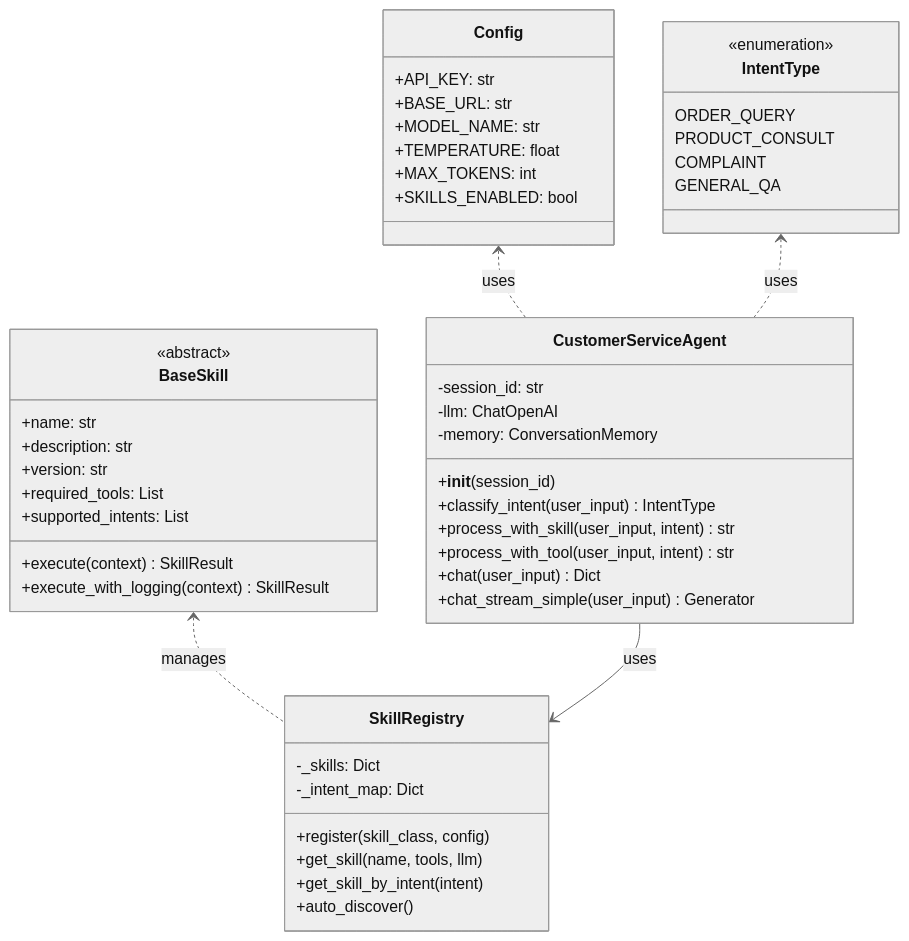
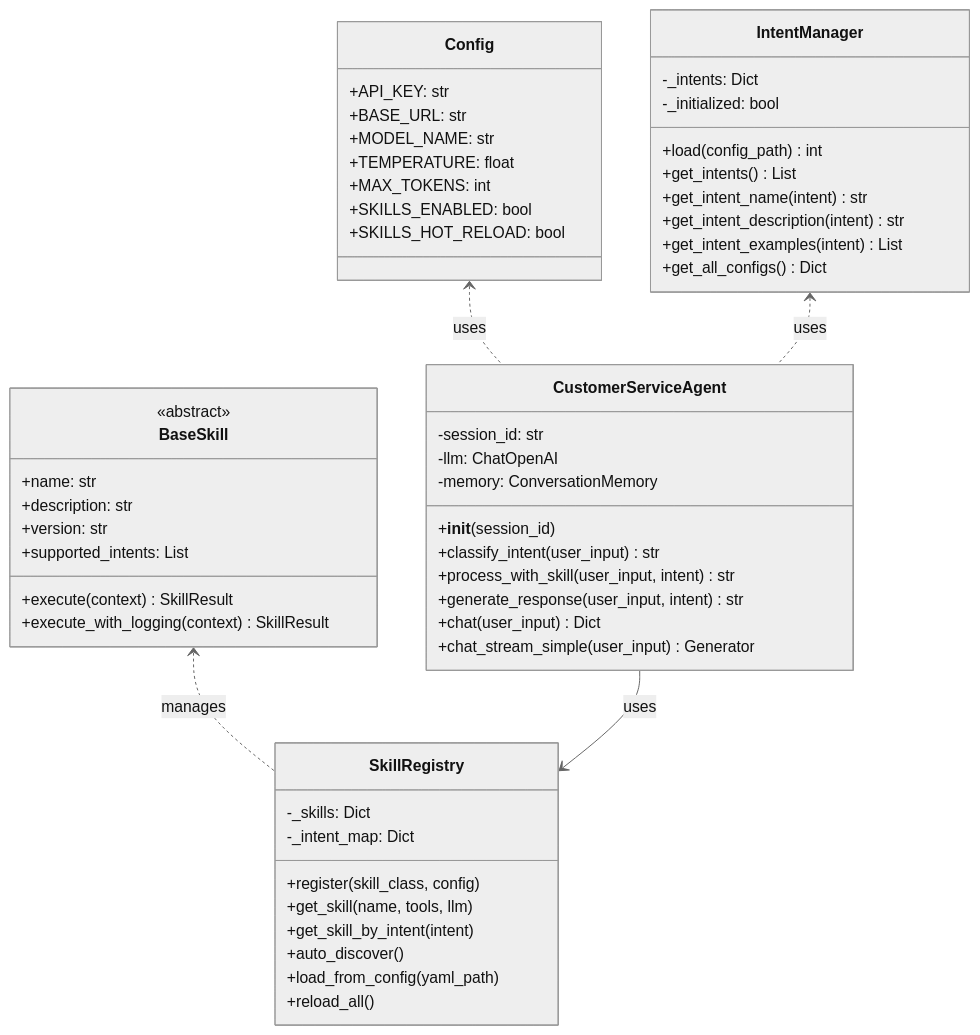
One commit to hp5748/spec-agents-test changed the fourth of 5 diagrams in spec/AI2AI/架构设计.md. Above: the diagram before and after it, drawn with Mermaid (neutral theme). The commit also changed other lines of this file and 30 other files, not shown here.

````diff
--- a/spec/AI2AI/架构设计.md
+++ b/spec/AI2AI/架构设计.md
@@ -198,56 +237,61 @@
 ```mermaid
 classDiagram
     class Config {
         +API_KEY: str
         +BASE_URL: str
         +MODEL_NAME: str
         +TEMPERATURE: float
         +MAX_TOKENS: int
         +SKILLS_ENABLED: bool
+        +SKILLS_HOT_RELOAD: bool
     }
 
-    class IntentType {
-        <<enumeration>>
-        ORDER_QUERY
-        PRODUCT_CONSULT
-        COMPLAINT
-        GENERAL_QA
+    class IntentManager {
+        -_intents: Dict
+        -_initialized: bool
+        +load(config_path) int
+        +get_intents() List
+        +get_intent_name(intent) str
+        +get_intent_description(intent) str
+        +get_intent_examples(intent) List
+        +get_all_configs() Dict
     }
 
     class CustomerServiceAgent {
         -session_id: str
         -llm: ChatOpenAI
         -memory: ConversationMemory
         +__init__(session_id)
-        +classify_intent(user_input) IntentType
+        +classify_intent(user_input) str
         +process_with_skill(user_input, intent) str
-        +process_with_tool(user_input, intent) str
+        +generate_response(user_input, intent) str
         +chat(user_input) Dict
         +chat_stream_simple(user_input) Generator
     }
 
     class BaseSkill {
         <<abstract>>
         +name: str
         +description: str
         +version: str
-        +required_tools: List
         +supported_intents: List
         +execute(context) SkillResult
         +execute_with_logging(context) SkillResult
     }
 
     class SkillRegistry {
         -_skills: Dict
         -_intent_map: Dict
         +register(skill_class, config)
         +get_skill(name, tools, llm)
         +get_skill_by_intent(intent)
         +auto_discover()
+        +load_from_config(yaml_path)
+        +reload_all()
     }
 
     Config <.. CustomerServiceAgent : uses
-    IntentType <.. CustomerServiceAgent : uses
+    IntentManager <.. CustomerServiceAgent : uses
     BaseSkill <.. SkillRegistry : manages
     CustomerServiceAgent --> SkillRegistry : uses
 ```
````
